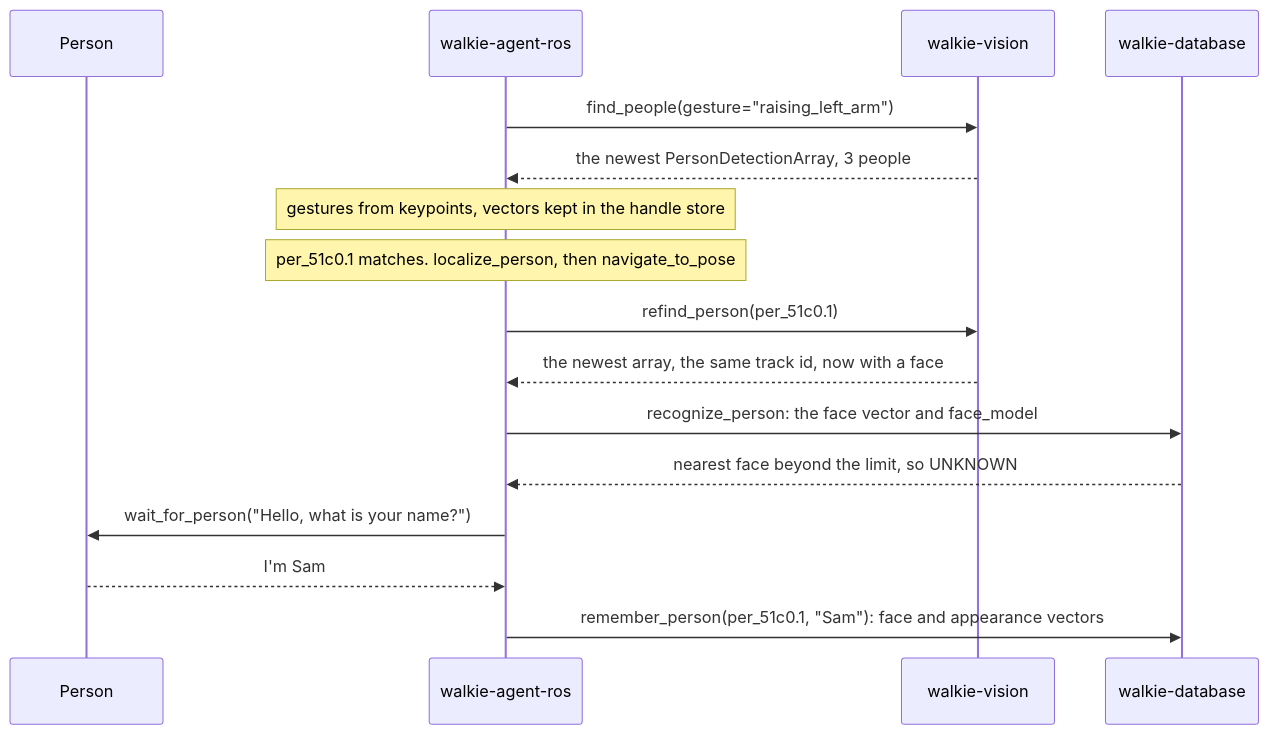
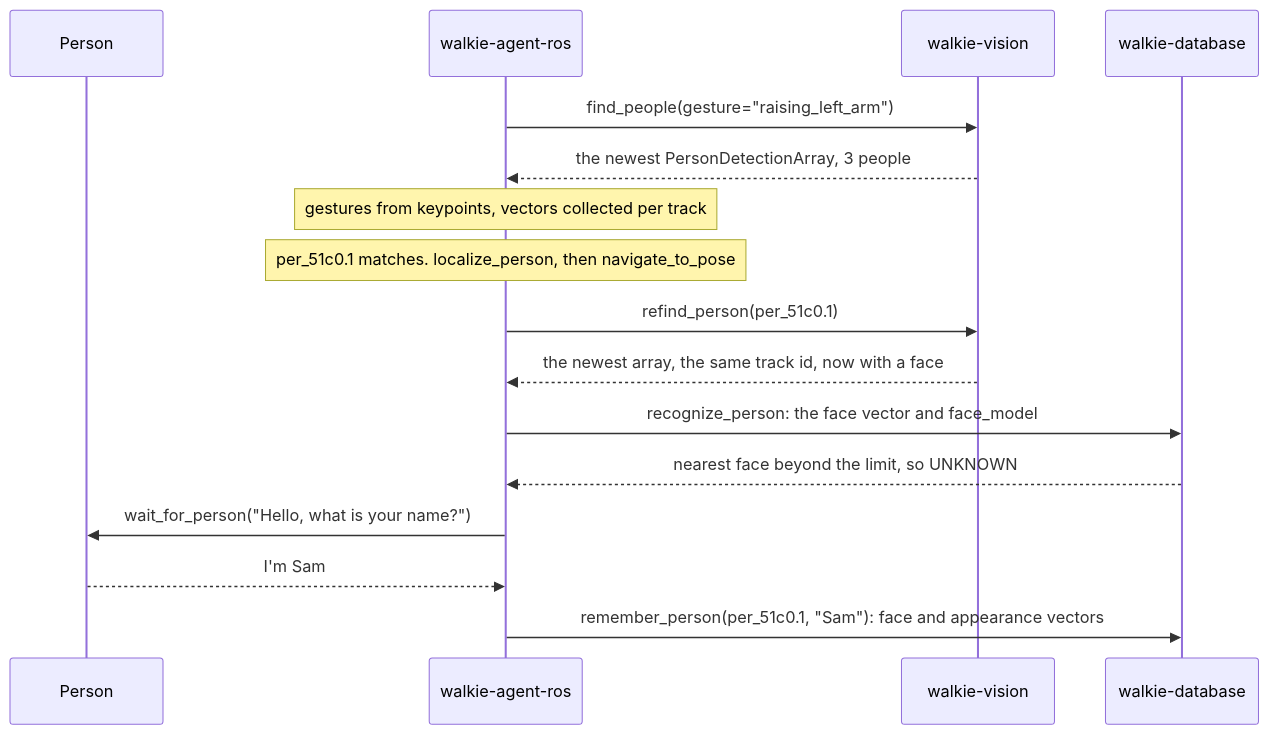
The third of 4 diagrams in docs/architecture/perception.md (EIC-Robocup-2026/walkie-agent-ros), drawn with Mermaid before and after one commit. The commit also changed other lines of this file and 28 other files, not shown here.

````diff
--- a/docs/architecture/perception.md
+++ b/docs/architecture/perception.md
@@ -161,18 +165,18 @@
 ```mermaid
 sequenceDiagram
     participant P as Person
     participant A as walkie-agent-ros
     participant V as walkie-vision
     participant D as walkie-database
     A->>V: find_people(gesture="raising_left_arm")
     V-->>A: the newest PersonDetectionArray, 3 people
-    Note over A: gestures from keypoints, vectors kept in the handle store
+    Note over A: gestures from keypoints, vectors collected per track
     Note over A: per_51c0.1 matches. localize_person, then navigate_to_pose
     A->>V: refind_person(per_51c0.1)
     V-->>A: the newest array, the same track id, now with a face
     A->>D: recognize_person: the face vector and face_model
     D-->>A: nearest face beyond the limit, so UNKNOWN
     A->>P: wait_for_person("Hello, what is your name?")
     P-->>A: I'm Sam
     A->>D: remember_person(per_51c0.1, "Sam"): face and appearance vectors
 ```
````
